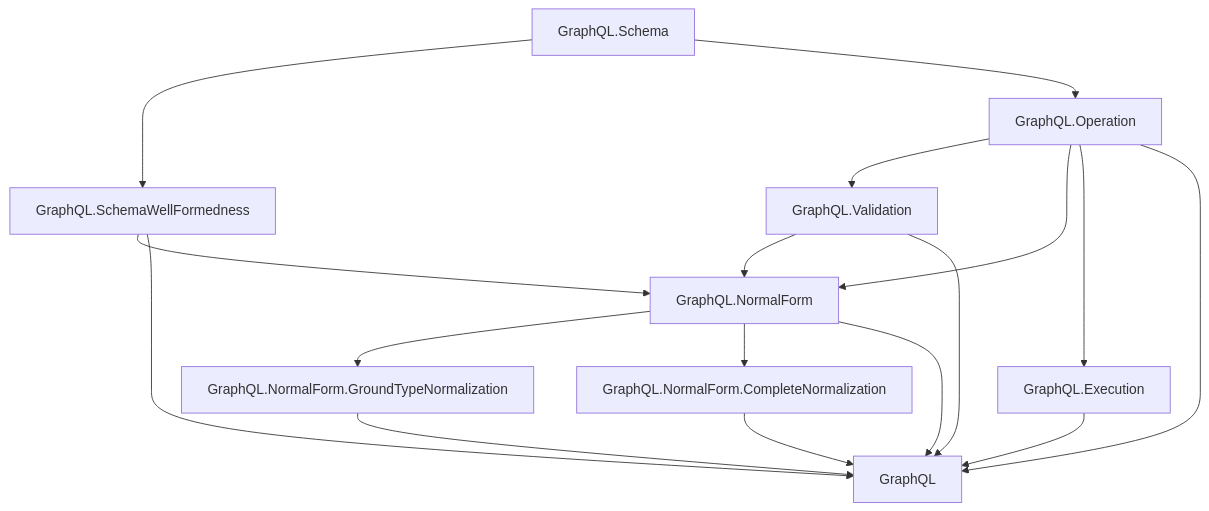
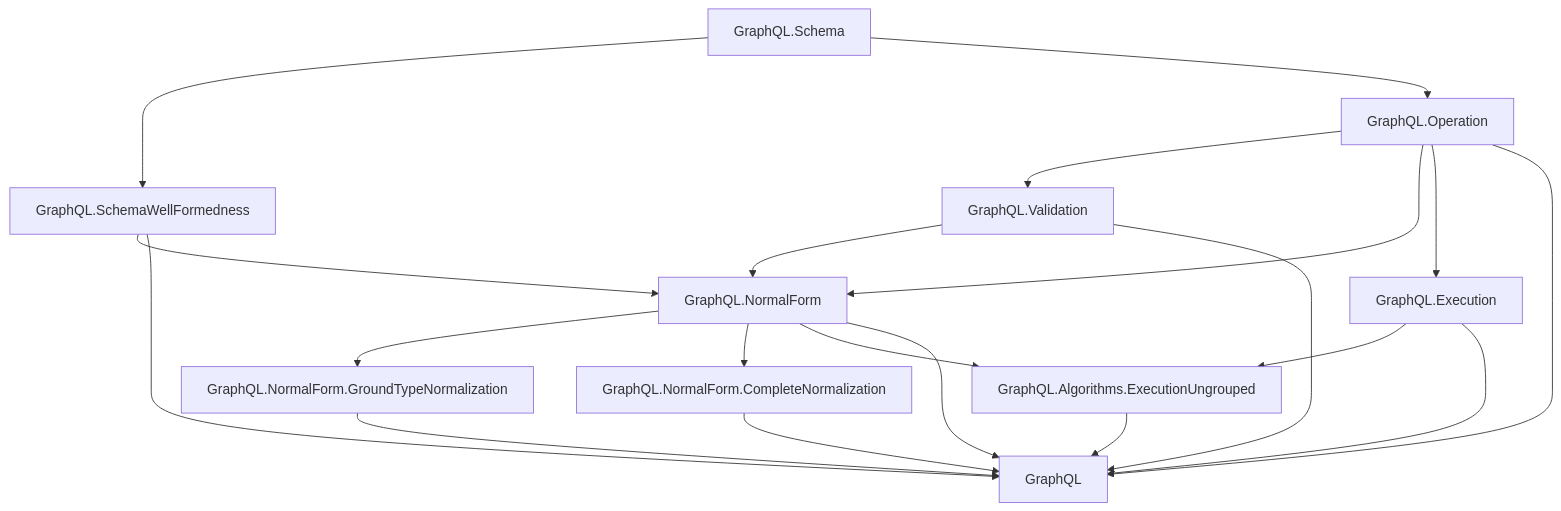
One commit to duckki/GraphQL.lean changed the diagram in docs/overview.md. Above: the diagram before and after it, drawn with Mermaid. The commit also changed other lines of this file and 36 other files, not shown here.

Commit message:
Refine normal form validity assumptions

````diff
--- a/docs/overview.md
+++ b/docs/overview.md
@@ -11,30 +11,34 @@
 ```mermaid
 flowchart TD
   Schema["GraphQL.Schema"]
   SchemaWF["GraphQL.SchemaWellFormedness"]
   Operation["GraphQL.Operation"]
   Validation["GraphQL.Validation"]
   NormalForm["GraphQL.NormalForm"]
   NormalFormGround["GraphQL.NormalForm.GroundTypeNormalization"]
   CompleteNormalization["GraphQL.NormalForm.CompleteNormalization"]
   Execution["GraphQL.Execution"]
+  Algorithms["GraphQL.Algorithms.ExecutionUngrouped"]
   GraphQLRoot["GraphQL"]
 
   Schema --> SchemaWF
   Schema --> Operation
   Operation --> Validation
   Operation --> NormalForm
   Operation --> Execution
   SchemaWF --> NormalForm
   Validation --> NormalForm
   NormalForm --> NormalFormGround
   NormalForm --> CompleteNormalization
+  Execution --> Algorithms
+  NormalForm --> Algorithms
 
   SchemaWF --> GraphQLRoot
   Operation --> GraphQLRoot
   Validation --> GraphQLRoot
+  Algorithms --> GraphQLRoot
   NormalForm --> GraphQLRoot
   NormalFormGround --> GraphQLRoot
   CompleteNormalization --> GraphQLRoot
   Execution --> GraphQLRoot
 ```
````
